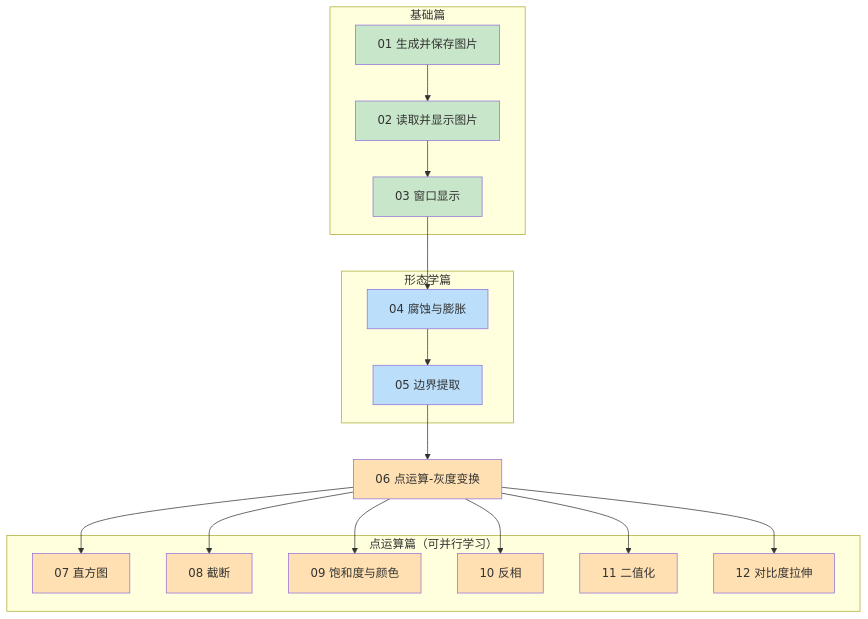
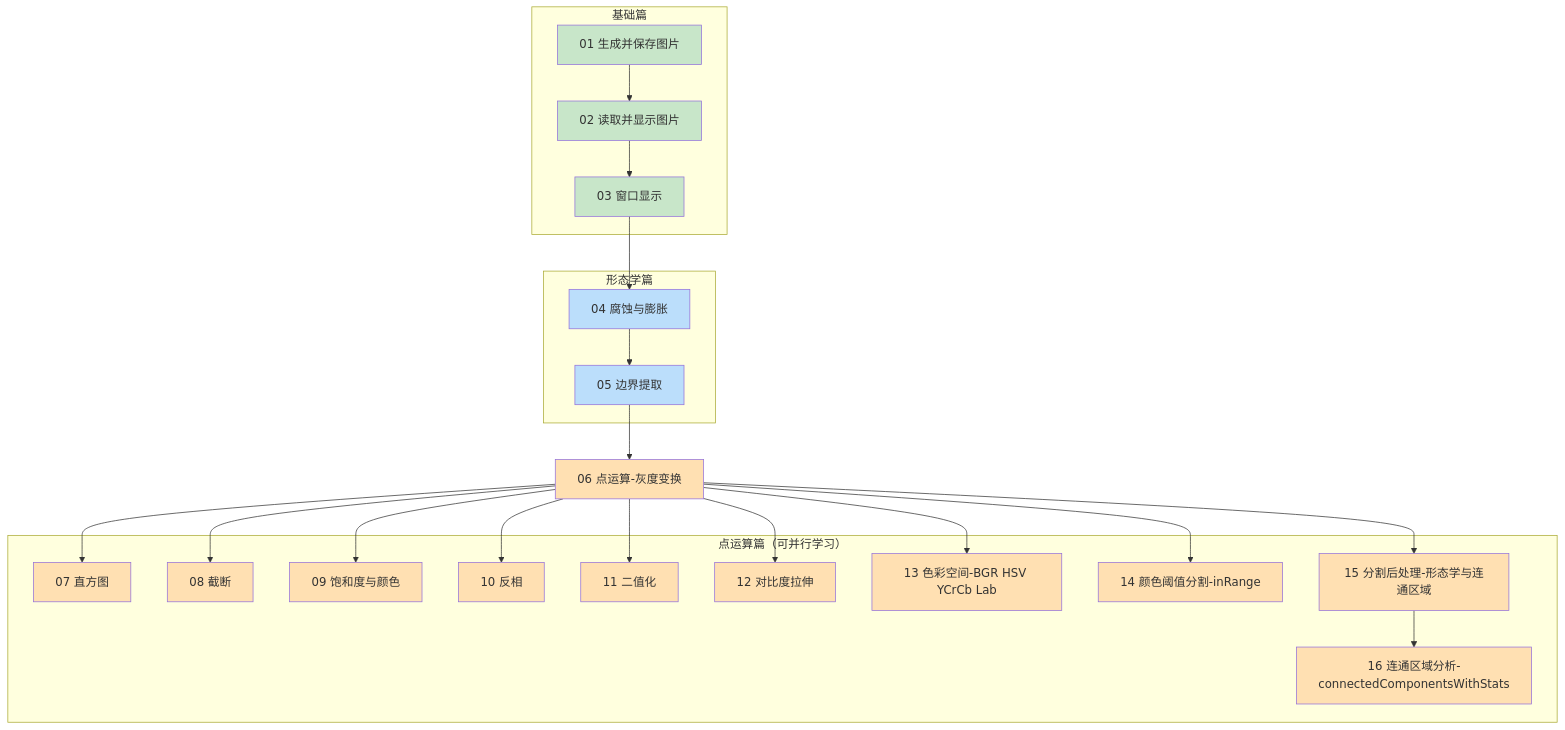
Before and after one commit to horizon1234/OpenCV: the second of 2 diagrams in README.md, drawn with Mermaid. The commit also changed other lines of this file and 18 other files, not shown here.

````diff
--- a/README.md
+++ b/README.md
@@ -48,48 +52,60 @@
 ```mermaid
 graph TD
     L01["01 生成并保存图片"] --> L02["02 读取并显示图片"]
     L02 --> L03["03 窗口显示"]
     L03 --> L04["04 腐蚀与膨胀"]
     L04 --> L05["05 边界提取"]
     L05 --> L06["06 点运算-灰度变换"]
 
     L06 --> L07["07 直方图"]
     L06 --> L08["08 截断"]
     L06 --> L09["09 饱和度与颜色"]
     L06 --> L10["10 反相"]
     L06 --> L11["11 二值化"]
     L06 --> L12["12 对比度拉伸"]
+    L06 --> L13["13 色彩空间-BGR HSV YCrCb Lab"]
+    L06 --> L14["14 颜色阈值分割-inRange"]
+    L06 --> L15["15 分割后处理-形态学与连通区域"]
+    L15 --> L16["16 连通区域分析-connectedComponentsWithStats"]
 
     subgraph "基础篇"
         L01
         L02
         L03
     end
 
     subgraph "形态学篇"
         L04
         L05
     end
 
     subgraph "点运算篇（可并行学习）"
         L07
         L08
         L09
         L10
         L11
         L12
+        L13
+        L14
+        L15
+        L16
     end
 
     style L01 fill:#C8E6C9
     style L02 fill:#C8E6C9
     style L03 fill:#C8E6C9
     style L04 fill:#BBDEFB
     style L05 fill:#BBDEFB
     style L06 fill:#FFE0B2
     style L07 fill:#FFE0B2
     style L08 fill:#FFE0B2
     style L09 fill:#FFE0B2
     style L10 fill:#FFE0B2
     style L11 fill:#FFE0B2
     style L12 fill:#FFE0B2
+    style L13 fill:#FFE0B2
+    style L14 fill:#FFE0B2
+    style L15 fill:#FFE0B2
+    style L16 fill:#FFE0B2
 ```
````
